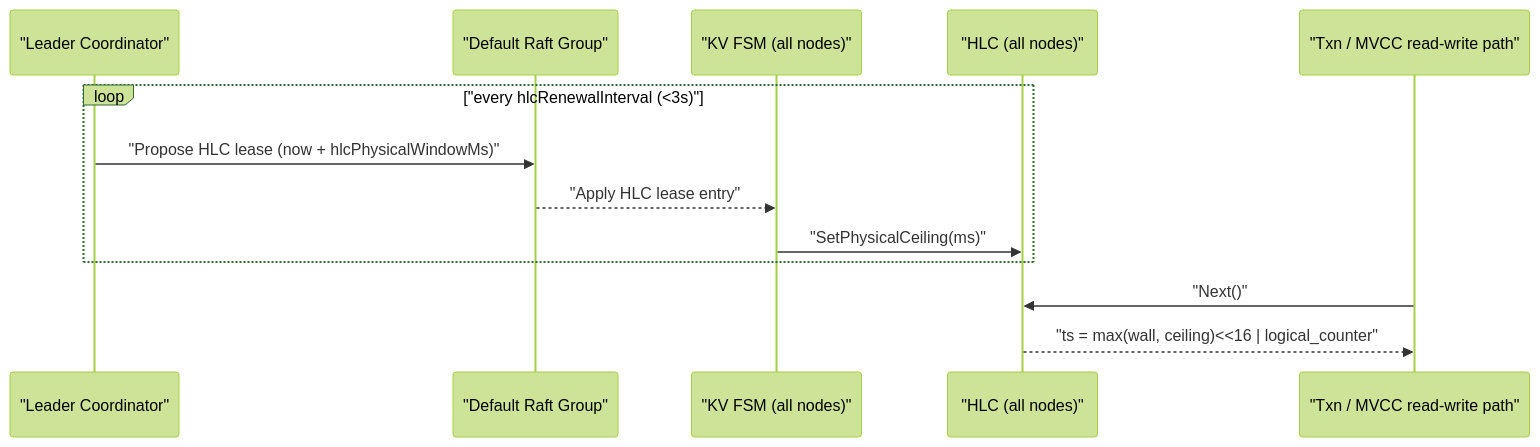
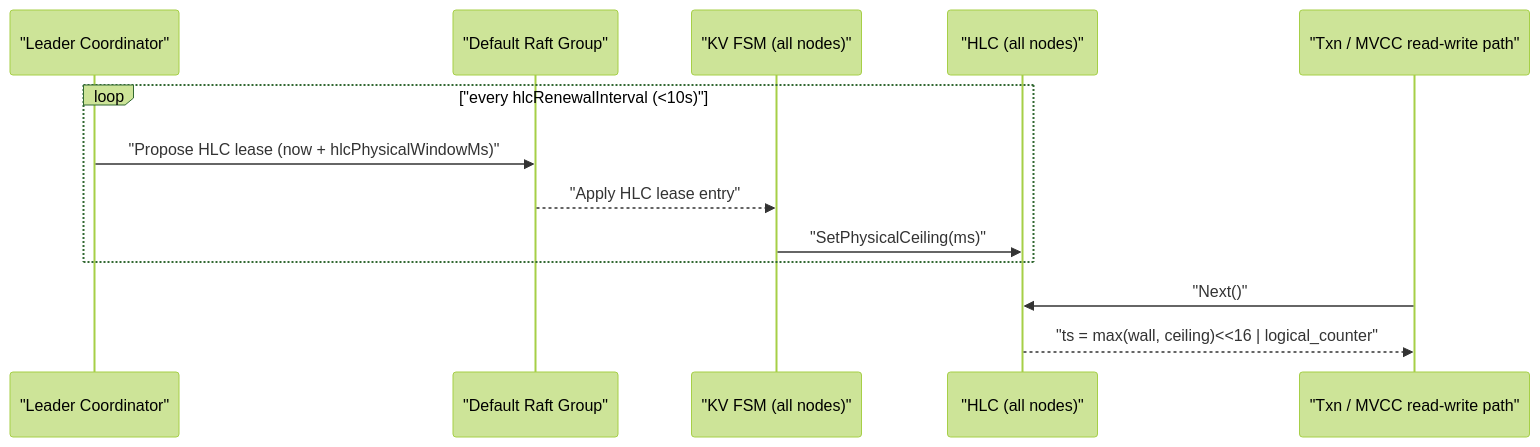
The fourth of 4 diagrams in docs/architecture_overview.md (bootjp/elastickv), drawn with Mermaid (forest theme) before and after one commit. The commit also changed 6 other files, not shown here.

Commit message:
redis-proxy: preserve HLC renewal under load

````diff
--- a/docs/architecture_overview.md
+++ b/docs/architecture_overview.md
@@ -165,17 +165,17 @@
 ```mermaid
 sequenceDiagram
   participant L as "Leader Coordinator"
   participant RG as "Default Raft Group"
   participant F as "KV FSM (all nodes)"
   participant H as "HLC (all nodes)"
   participant Tx as "Txn / MVCC read-write path"
 
-  loop "every hlcRenewalInterval (<3s)"
+  loop "every hlcRenewalInterval (<10s)"
     L->>RG: "Propose HLC lease (now + hlcPhysicalWindowMs)"
     RG-->>F: "Apply HLC lease entry"
     F->>H: "SetPhysicalCeiling(ms)"
   end
 
   Tx->>H: "Next()"
   H-->>Tx: "ts = max(wall, ceiling)<<16 | logical_counter"
 ```
````
